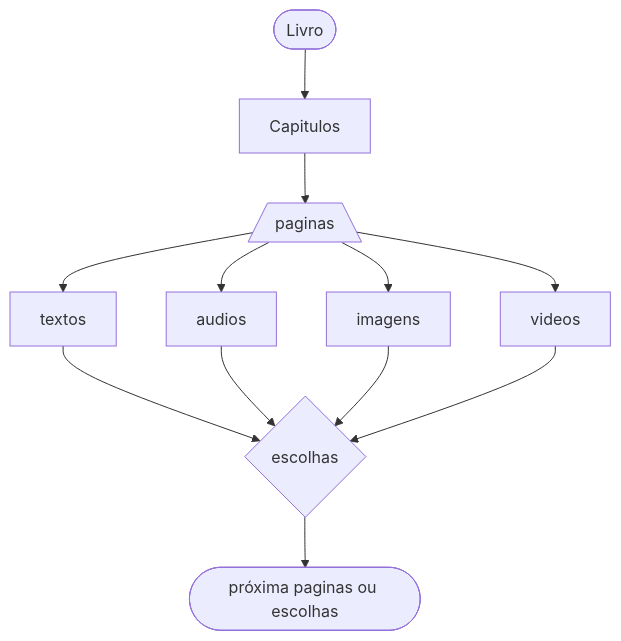
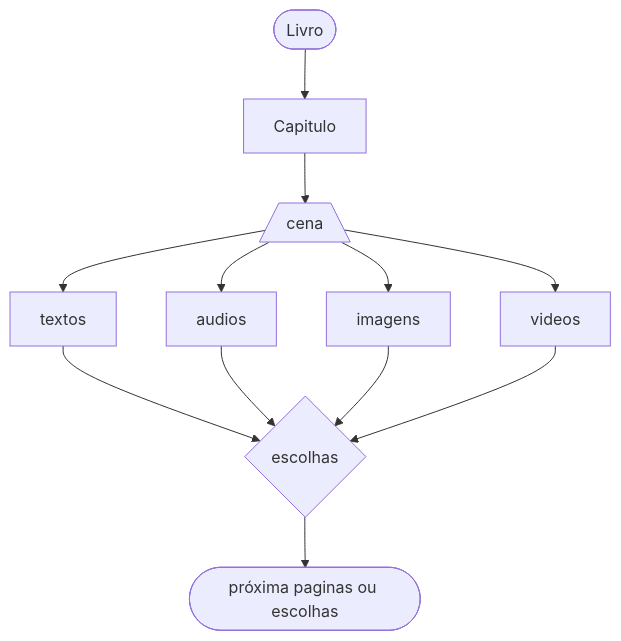
Before and after one commit to henry-marcondes/Cigana: the diagram in media/raiz/Guia_Autor/diversos/001-fluxograma-livro.md, drawn with Mermaid. The commit also changed 18 other files, not shown here.

````diff
--- a/media/raiz/Guia_Autor/diversos/001-fluxograma-livro.md
+++ b/media/raiz/Guia_Autor/diversos/001-fluxograma-livro.md
@@ -1,16 +1,16 @@
 ```mermaid
 
 flowchart TD
-    A([Livro]) --> B[Capitulos]
-    B --> C[/paginas\]
+    A([Livro]) --> B[Capitulo]
+    B --> C[/cena\]
     C --> D[textos]
     C --> E[audios]
     C --> F[imagens]
     C --> G[videos]
     D --> H{escolhas}
     E --> H
     F --> H
     G --> H
     H --> I([próxima paginas ou escolhas])
 
 ```
````
